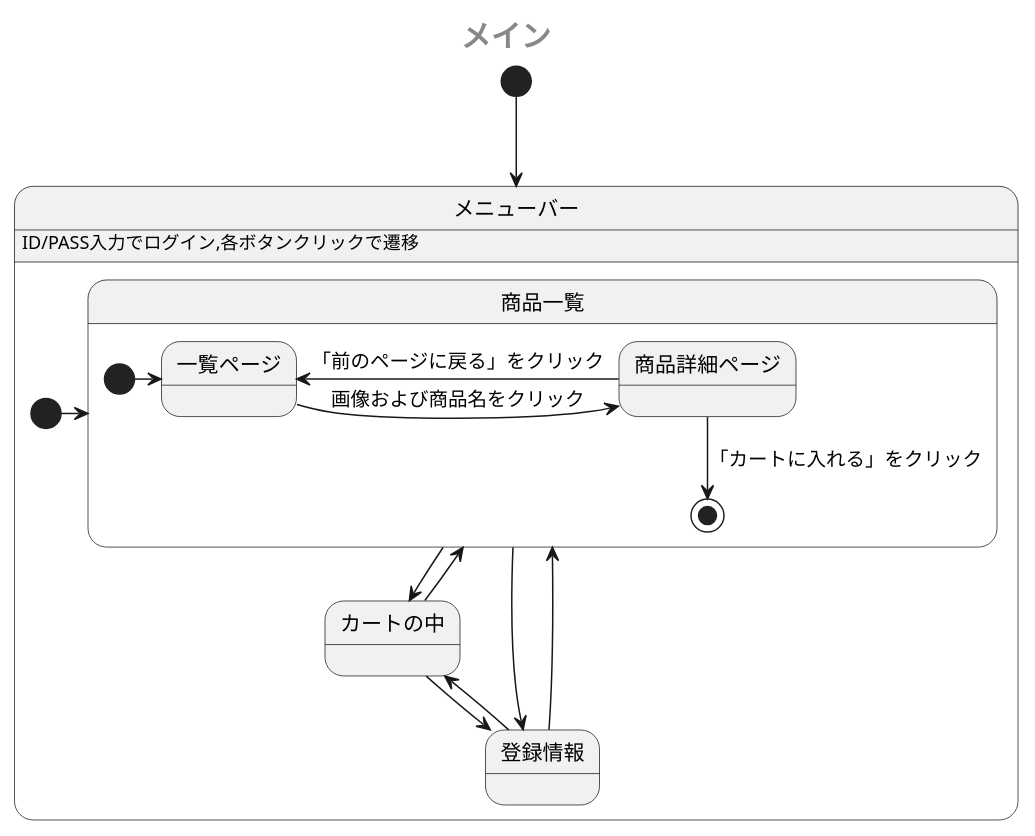
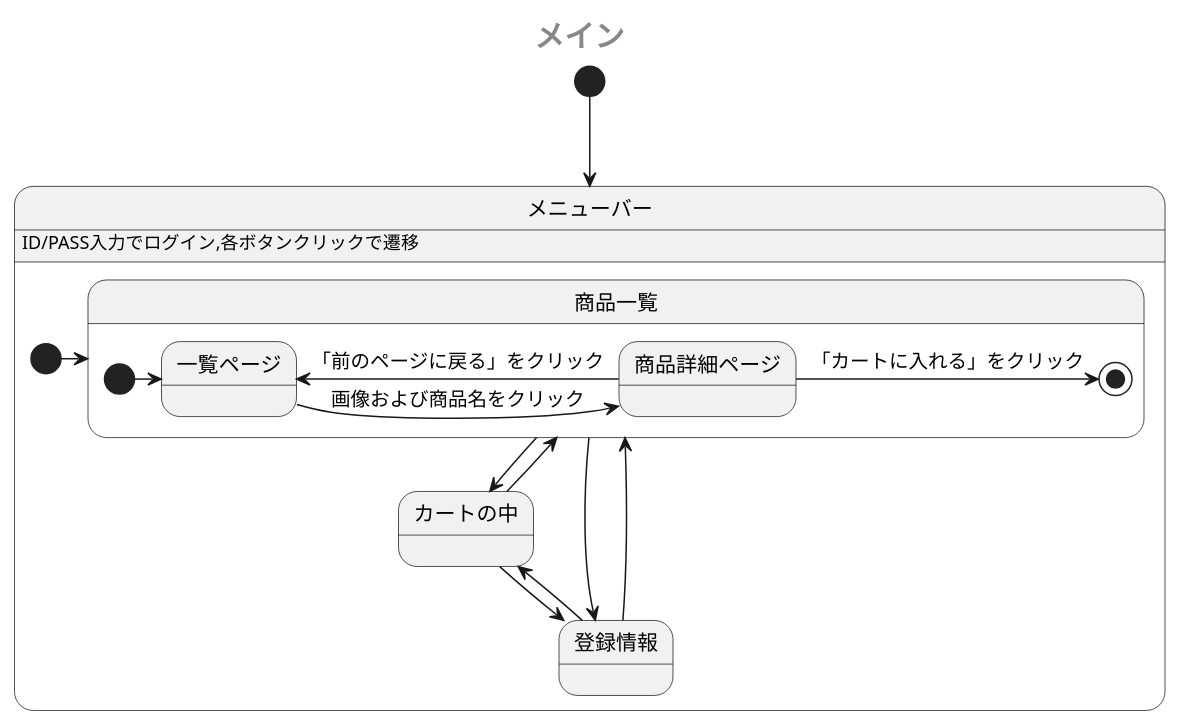
One commit to Aso2001385/2021sys-design changed the first of 2 diagrams in sample/StateMachine.md. Above: the diagram before and after it, drawn with PlantUML.

````diff
--- a/sample/StateMachine.md
+++ b/sample/StateMachine.md
@@ -1,28 +1,28 @@
 ```uml
 @startuml
  center header <size:20><b>メイン</b></size>
  [*] --> メニューバー
  state メニューバー {
    メニューバー: ID/PASS入力でログイン,各ボタンクリックで遷移
    [*] -> 商品一覧
    state 商品一覧 {
     [*] -> 一覧ページ
     一覧ページ -right-> 商品詳細ページ: 画像および商品名をクリック
     商品詳細ページ -left-> 一覧ページ: 「前のページに戻る」をクリック
-    商品詳細ページ --> [*]: 「カートに入れる」をクリック
+    商品詳細ページ -right-> [*]: 「カートに入れる」をクリック
     
    }
    商品一覧 -down-> カートの中
    カートの中 -up-> 商品一覧
    カートの中 -down-> 登録情報
    登録情報 -up-> カートの中
    商品一覧 -right-> 登録情報
    商品一覧 -[hidden]> 登録情報
    登録情報 -left-> 商品一覧
    登録情報 -[hidden]> 商品一覧
    
 
  }
  
 @enduml
 ```
````
